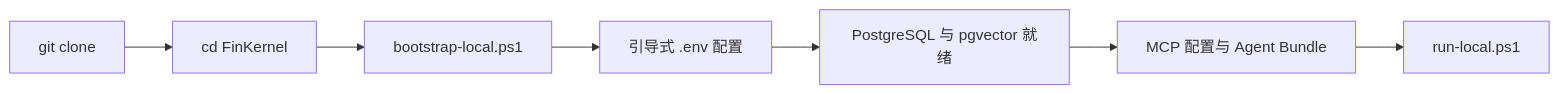
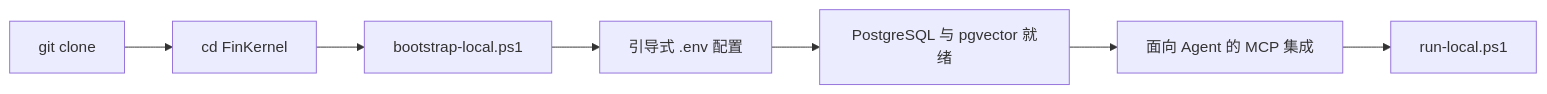
One commit to JiwenS/FinKernel changed the second of 2 diagrams in docs/readme_lang/README.zh-CN.md. Above: the diagram before and after it, drawn with Mermaid. The commit also changed other lines of this file and 7 other files, not shown here.

````diff
--- a/docs/readme_lang/README.zh-CN.md
+++ b/docs/readme_lang/README.zh-CN.md
@@ -117,9 +119,9 @@
 ```mermaid
 flowchart LR
     A[git clone] --> B[cd FinKernel]
     B --> C[bootstrap-local.ps1]
     C --> D[引导式 .env 配置]
     D --> E[PostgreSQL 与 pgvector 就绪]
-    E --> F[MCP 配置与 Agent Bundle]
+    E --> F[面向 Agent 的 MCP 集成]
     F --> G[run-local.ps1]
 ```
````
